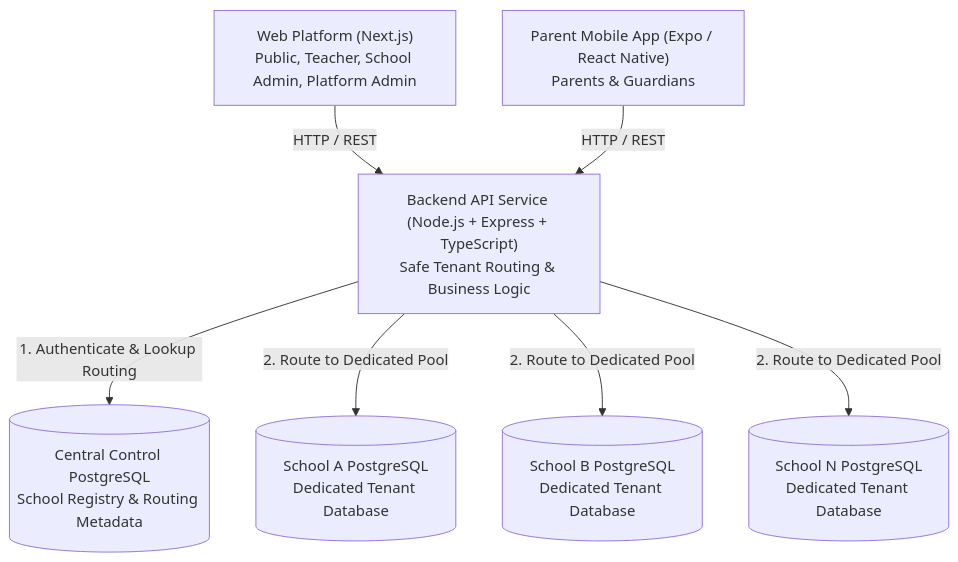
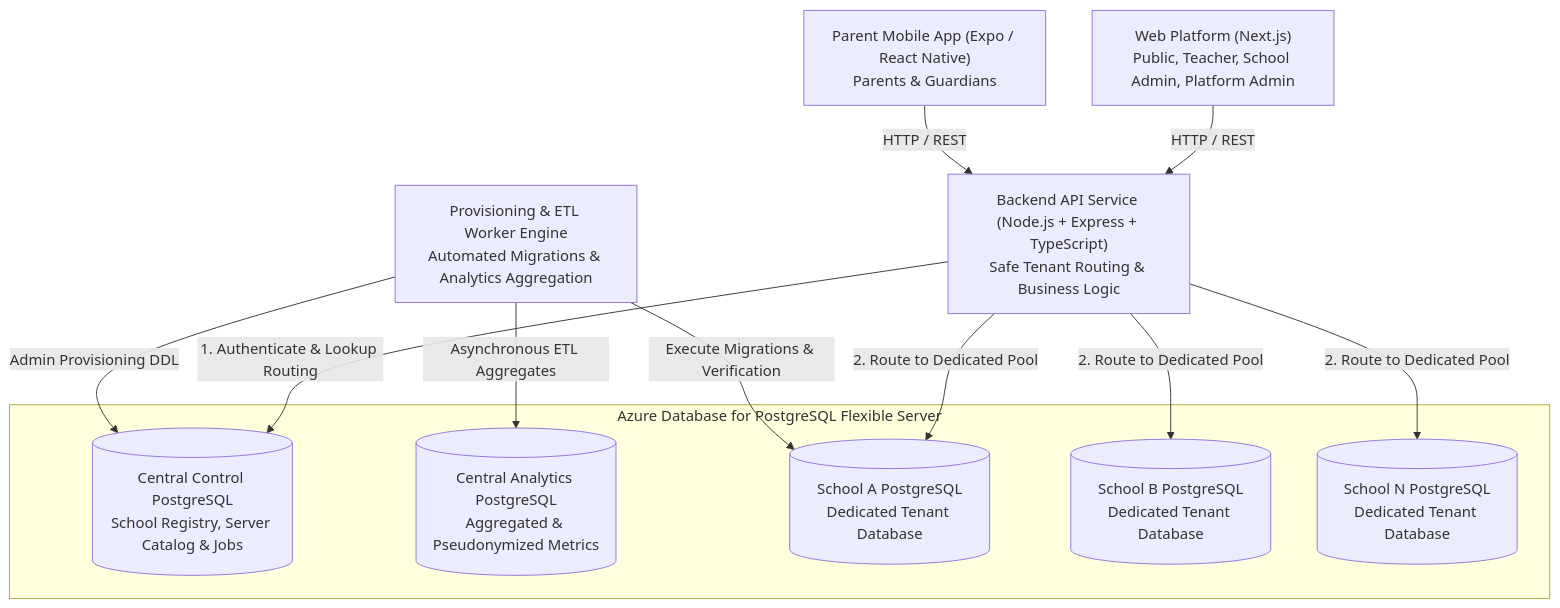
Before and after one commit to HiruniYasoda/Student-Care: the diagram in docs/architecture/overview.md, drawn with Mermaid. The commit also changed other lines of this file and 7 other files, not shown here.

Commit message:
docs: add architecture documentation, ADRs, shared types, and web project configuration

````diff
--- a/docs/architecture/overview.md
+++ b/docs/architecture/overview.md
@@ -5,20 +5,28 @@
 ```mermaid
 graph TD
     ClientWeb["Web Platform (Next.js)<br/>Public, Teacher, School Admin, Platform Admin"]
     ClientMobile["Parent Mobile App (Expo / React Native)<br/>Parents & Guardians"]
 
     API["Backend API Service (Node.js + Express + TypeScript)<br/>Safe Tenant Routing & Business Logic"]
+    Worker["Provisioning & ETL Worker Engine<br/>Automated Migrations & Analytics Aggregation"]
 
-    ControlDB[("Central Control PostgreSQL<br/>School Registry & Routing Metadata")]
-    SchoolDB1[("School A PostgreSQL<br/>Dedicated Tenant Database")]
-    SchoolDB2[("School B PostgreSQL<br/>Dedicated Tenant Database")]
-    SchoolDBN[("School N PostgreSQL<br/>Dedicated Tenant Database")]
+    subgraph Azure Database for PostgreSQL Flexible Server
+        ControlDB[("Central Control PostgreSQL<br/>School Registry, Server Catalog & Jobs")]
+        AnalyticsDB[("Central Analytics PostgreSQL<br/>Aggregated & Pseudonymized Metrics")]
+        SchoolDB1[("School A PostgreSQL<br/>Dedicated Tenant Database")]
+        SchoolDB2[("School B PostgreSQL<br/>Dedicated Tenant Database")]
+        SchoolDBN[("School N PostgreSQL<br/>Dedicated Tenant Database")]
+    end
 
     ClientWeb -->|HTTP / REST| API
     ClientMobile -->|HTTP / REST| API
 
     API -->|1. Authenticate & Lookup Routing| ControlDB
     API -->|2. Route to Dedicated Pool| SchoolDB1
     API -->|2. Route to Dedicated Pool| SchoolDB2
     API -->|2. Route to Dedicated Pool| SchoolDBN
+
+    Worker -->|Admin Provisioning DDL| ControlDB
+    Worker -->|Execute Migrations & Verification| SchoolDB1
+    Worker -->|Asynchronous ETL Aggregates| AnalyticsDB
 ```
````
